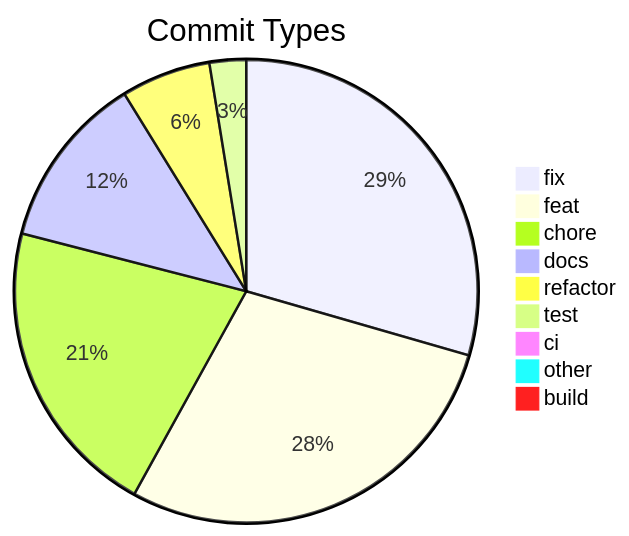
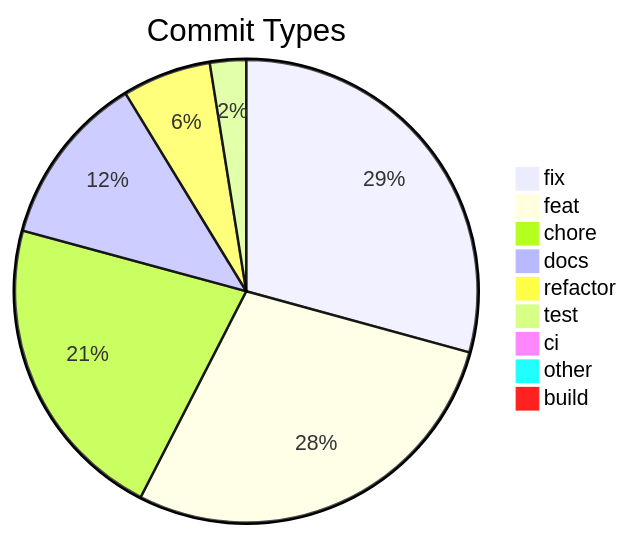
One commit to svenroth-ai/shipwright changed the diagram in .shipwright/compliance/change-history.md. Above: the diagram before and after it, drawn with Mermaid. The commit also changed other lines of this file and 36 other files, not shown here.

````diff
--- a/.shipwright/compliance/change-history.md
+++ b/.shipwright/compliance/change-history.md
@@ -10,12 +10,12 @@
 ```mermaid
 pie title Commit Types
-    "fix" : 358
+    "fix" : 359
     "feat" : 347
-    "chore" : 255
+    "chore" : 266
     "docs" : 148
     "refactor" : 76
     "test" : 31
     "ci" : 11
     "other" : 9
     "build" : 1
 ```
````
